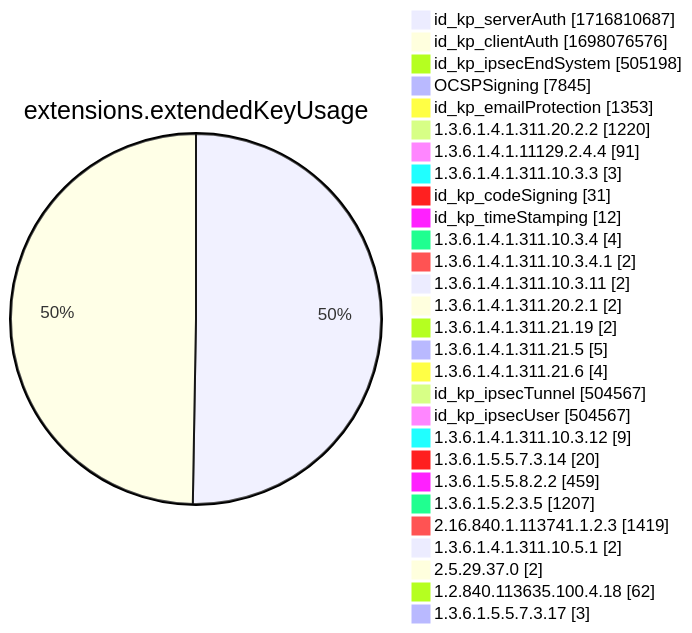
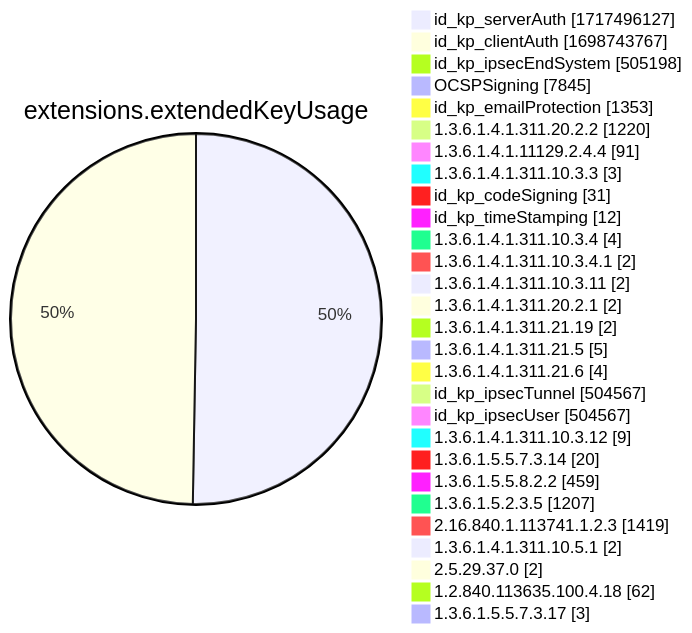
Before and after one commit to christiankrug/ctmonitor_visualization: diagram 12 of 15 in xenon2022/README.md, drawn with Mermaid. The commit also changed other lines of this file, not shown here.

````diff
--- a/xenon2022/README.md
+++ b/xenon2022/README.md
@@ -3888,32 +3888,32 @@
 ```mermaid
 pie showData
 title extensions.extendedKeyUsage
-"id_kp_serverAuth" :1716810687
-"id_kp_clientAuth" :1698076576
+"id_kp_serverAuth" :1717496127
+"id_kp_clientAuth" :1698743767
 "id_kp_ipsecEndSystem" :505198
 "OCSPSigning" :7845
 "id_kp_emailProtection" :1353
 "1.3.6.1.4.1.311.20.2.2" :1220
 "1.3.6.1.4.1.11129.2.4.4" :91
 "1.3.6.1.4.1.311.10.3.3" :3
 "id_kp_codeSigning" :31
 "id_kp_timeStamping" :12
 "1.3.6.1.4.1.311.10.3.4" :4
 "1.3.6.1.4.1.311.10.3.4.1" :2
 "1.3.6.1.4.1.311.10.3.11" :2
 "1.3.6.1.4.1.311.20.2.1" :2
 "1.3.6.1.4.1.311.21.19" :2
 "1.3.6.1.4.1.311.21.5" :5
 "1.3.6.1.4.1.311.21.6" :4
 "id_kp_ipsecTunnel" :504567
 "id_kp_ipsecUser" :504567
 "1.3.6.1.4.1.311.10.3.12" :9
 "1.3.6.1.5.5.7.3.14" :20
 "1.3.6.1.5.5.8.2.2" :459
 "1.3.6.1.5.2.3.5" :1207
 "2.16.840.1.113741.1.2.3" :1419
 "1.3.6.1.4.1.311.10.5.1" :2
 "2.5.29.37.0" :2
 "1.2.840.113635.100.4.18" :62
 "1.3.6.1.5.5.7.3.17" :3
 ```
````
